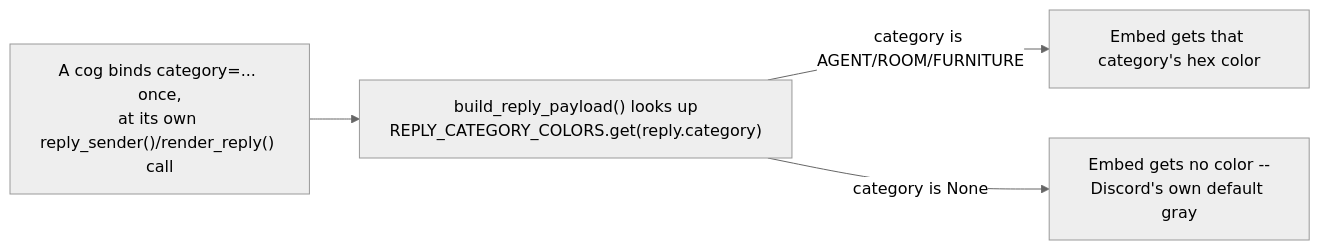
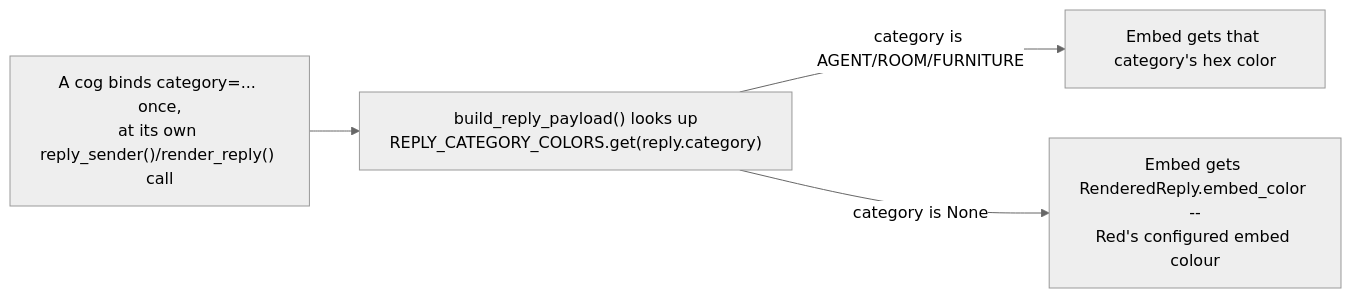
Before and after one commit to pixel-agents-hq/pixel-agents-cogs: the diagram in docs/embed-colors.md, drawn with Mermaid (neutral theme). The commit also changed other lines of this file and 91 other files, not shown here.

````diff
--- a/docs/embed-colors.md
+++ b/docs/embed-colors.md
@@ -14,7 +15,7 @@
 ```mermaid
 flowchart LR
     Cog["A cog binds category=... once,<br/>at its own reply_sender()/render_reply() call"]
     Cog --> Lookup["build_reply_payload() looks up<br/>REPLY_CATEGORY_COLORS.get(reply.category)"]
     Lookup -->|category is AGENT/ROOM/FURNITURE| Colored["Embed gets that category's hex color"]
-    Lookup -->|category is None| Gray["Embed gets no color --<br/>Discord's own default gray"]
+    Lookup -->|category is None| Gray["Embed gets RenderedReply.embed_color --<br/>Red's configured embed colour"]
 ```
````
